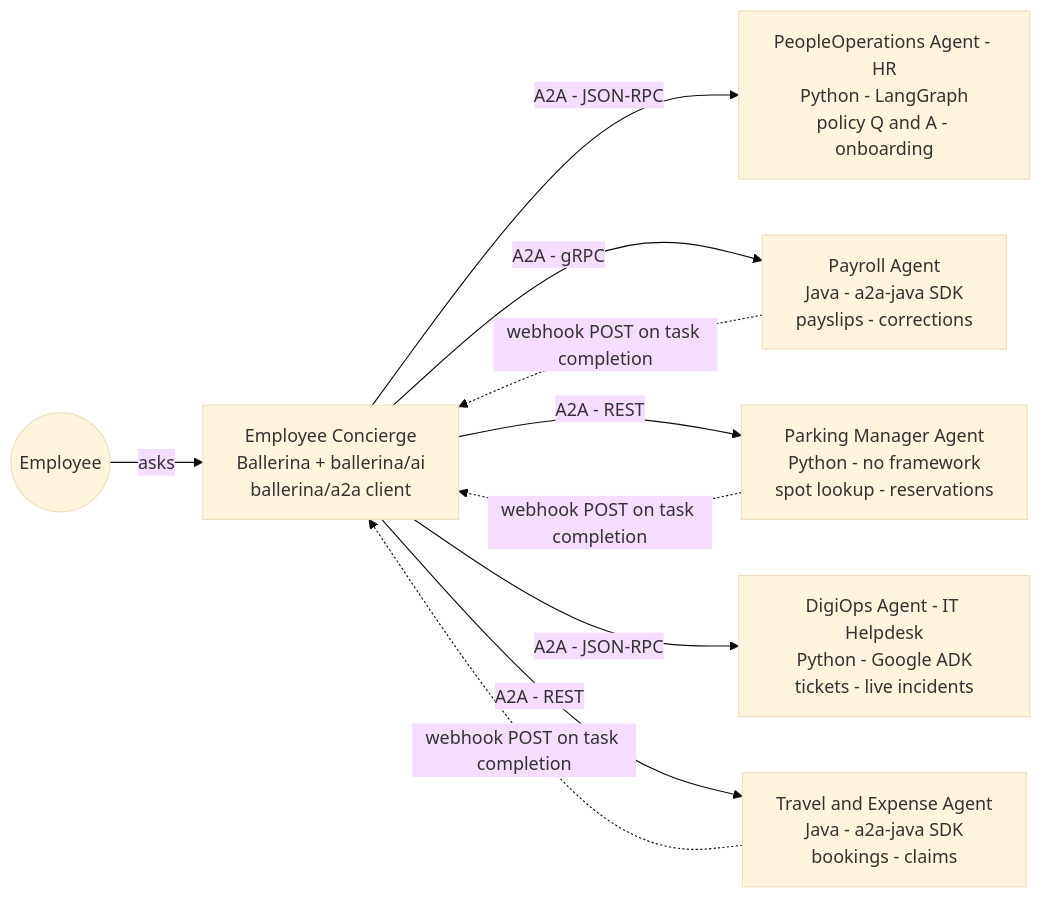
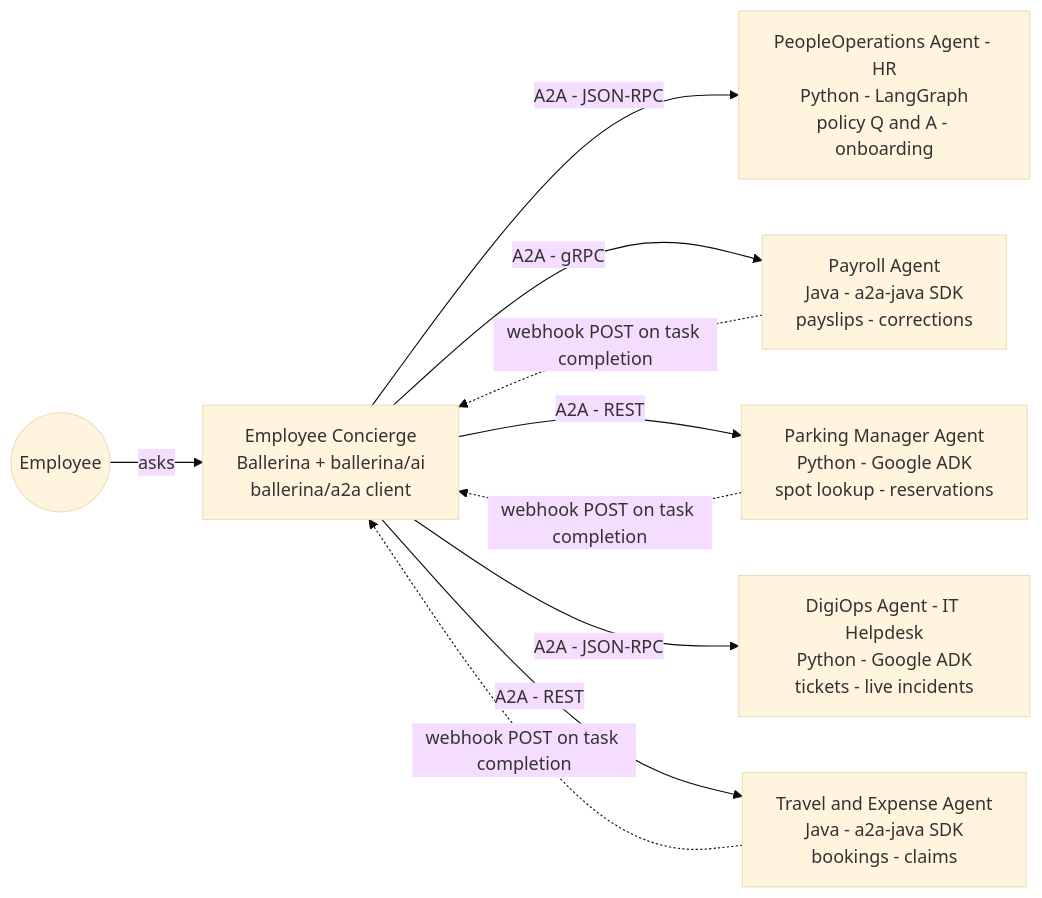
Before and after one commit to Anuja-jayasinghe/employee-concierge-demo: the diagram in docs/architecture.md, drawn with Mermaid (base theme). The commit also changed other lines of this file and 6 other files, not shown here.

````diff
--- a/docs/architecture.md
+++ b/docs/architecture.md
@@ -28,20 +32,20 @@
 ```mermaid
 flowchart LR
     Employee((Employee))
     Orchestrator["Employee Concierge<br/>Ballerina + ballerina/ai<br/>ballerina/a2a client"]
     HR["PeopleOperations Agent - HR<br/>Python - LangGraph<br/>policy Q and A - onboarding"]
     Payroll["Payroll Agent<br/>Java - a2a-java SDK<br/>payslips - corrections"]
-    Parking["Parking Manager Agent<br/>Python - no framework<br/>spot lookup - reservations"]
+    Parking["Parking Manager Agent<br/>Python - Google ADK<br/>spot lookup - reservations"]
     IT["DigiOps Agent - IT Helpdesk<br/>Python - Google ADK<br/>tickets - live incidents"]
     Travel["Travel and Expense Agent<br/>Java - a2a-java SDK<br/>bookings - claims"]
 
     Employee -- asks --> Orchestrator
     Orchestrator -- "A2A - JSON-RPC" --> HR
     Orchestrator -- "A2A - gRPC" --> Payroll
     Orchestrator -- "A2A - REST" --> Parking
     Orchestrator -- "A2A - JSON-RPC" --> IT
     Orchestrator -- "A2A - REST" --> Travel
     Parking -. "webhook POST on task completion" .-> Orchestrator
     Payroll -. "webhook POST on task completion" .-> Orchestrator
     Travel -. "webhook POST on task completion" .-> Orchestrator
 ```
````
